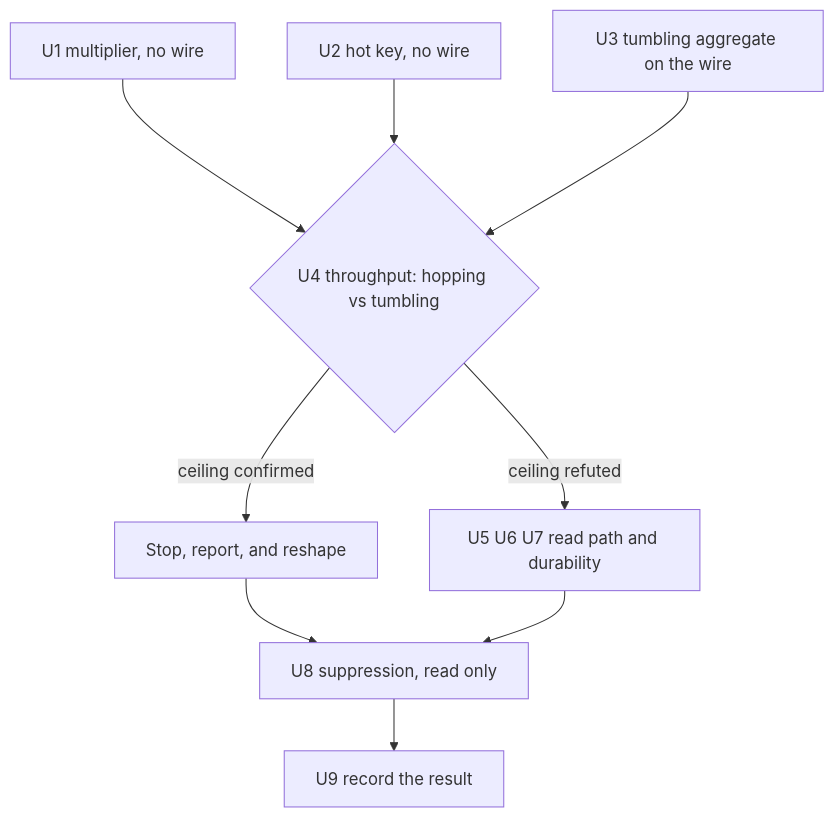
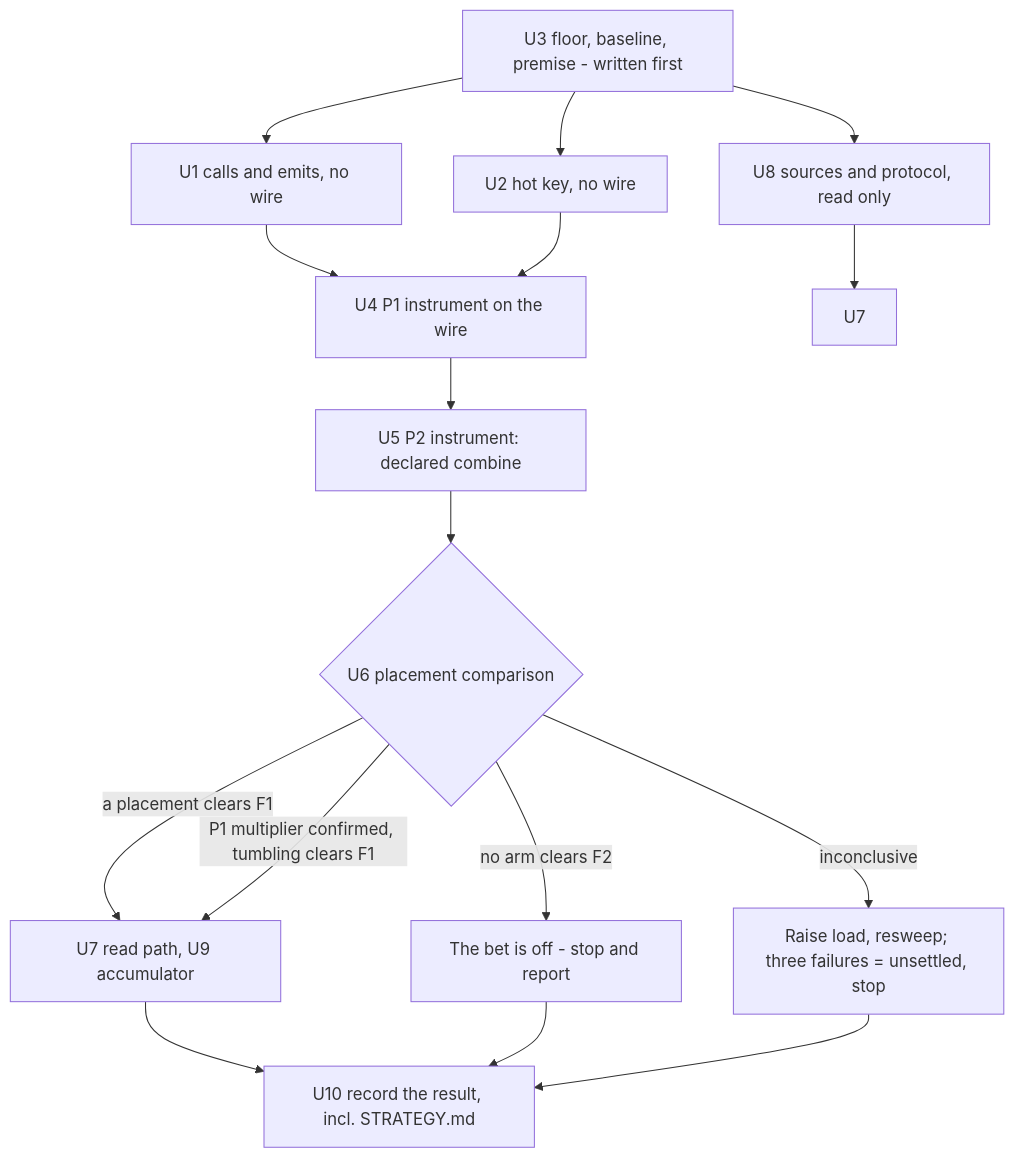
Before and after one commit to astubbs/parallel-consumer: the fourth of 4 diagrams in docs/plans/2026-08-25-001-feat-streams-windowed-aggregation-plan.md, drawn with Mermaid. The commit also changed other lines of this file, not shown here.

````diff
--- a/docs/plans/2026-08-25-001-feat-streams-windowed-aggregation-plan.md
+++ b/docs/plans/2026-08-25-001-feat-streams-windowed-aggregation-plan.md
@@ -163,12 +210,18 @@
 ```mermaid
 flowchart TB
-    U1[U1 multiplier, no wire] --> U4
-    U2[U2 hot key, no wire] --> U4
-    U3[U3 tumbling aggregate on the wire] --> U4
-    U4{U4 throughput: hopping vs tumbling}
-    U4 -->|ceiling refuted| Rest[U5 U6 U7 read path and durability]
-    U4 -->|ceiling confirmed| Stop[Stop, report, and reshape]
-    Stop --> U8
-    Rest --> U8[U8 suppression, read only]
-    U8 --> U9[U9 record the result]
+    U3[U3 floor, baseline, premise - written first] --> U1[U1 calls and emits, no wire]
+    U3 --> U2[U2 hot key, no wire]
+    U3 --> U8[U8 sources and protocol, read only]
+    U1 --> U4[U4 P1 instrument on the wire]
+    U2 --> U4
+    U4 --> U5[U5 P2 instrument: declared combine]
+    U5 --> U6{U6 placement comparison}
+    U6 -->|a placement clears F1| Rest[U7 read path, U9 accumulator]
+    U6 -->|P1 multiplier confirmed, tumbling clears F1| Rest
+    U6 -->|no arm clears F2| Off[The bet is off - stop and report]
+    U6 -->|inconclusive| Raise[Raise load, resweep; three failures = unsettled, stop]
+    U8 --> U7
+    Rest --> U10[U10 record the result, incl. STRATEGY.md]
+    Off --> U10
+    Raise --> U10
 ```
````
